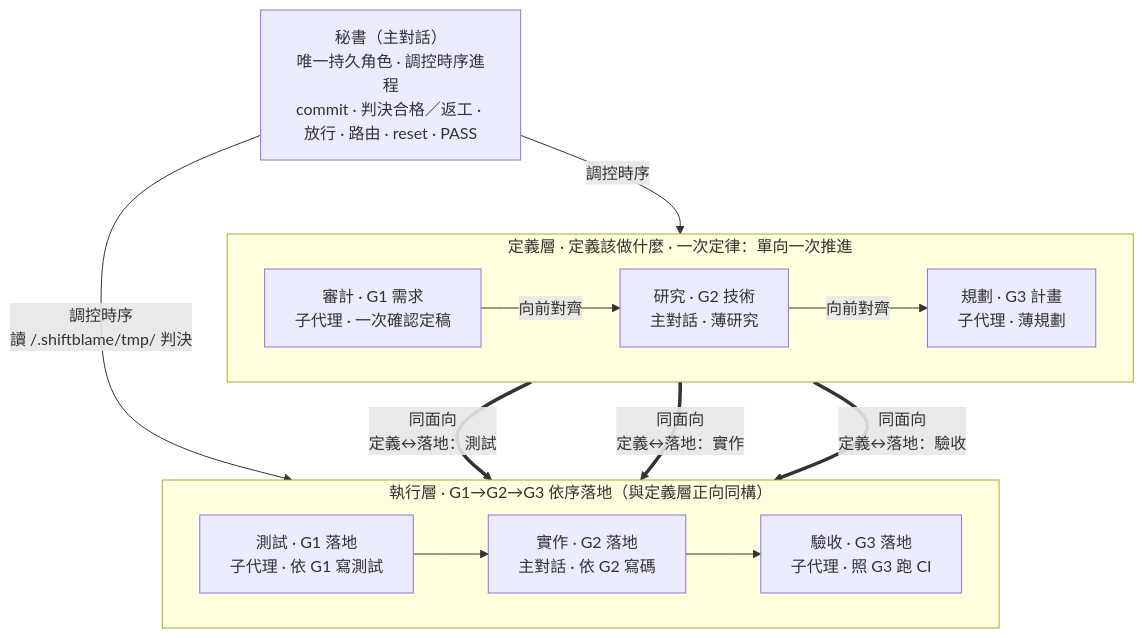
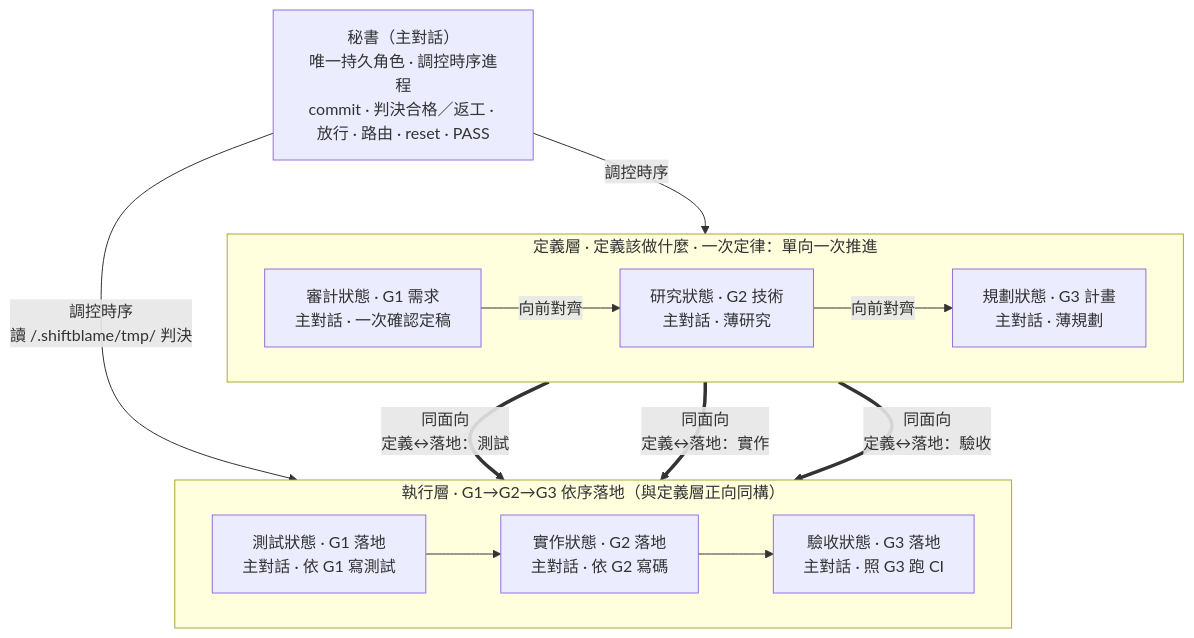
Before and after one commit to teps3105/shiftblame: the fourth of 8 diagrams in skills/shiftblame/SKILL.md, drawn with Mermaid. The commit also changed other lines of this file and 31 other files, not shown here.

````diff
--- a/skills/shiftblame/SKILL.md
+++ b/skills/shiftblame/SKILL.md
@@ -232,19 +230,19 @@
 ```mermaid
 flowchart TB
     SEC["秘書（主對話）<br/>唯一持久角色 · 調控時序進程<br/>commit · 判決合格／返工 · 放行 · 路由 · reset · PASS"]
     subgraph Consult["定義層 · 定義該做什麼 · 一次定律：單向一次推進"]
         direction LR
-        G1["審計 · G1 需求<br/>子代理 · 一次確認定稿"] -->|向前對齊| G2["研究 · G2 技術<br/>主對話 · 薄研究"]
-        G2 -->|向前對齊| G3["規劃 · G3 計畫<br/>子代理 · 薄規劃"]
+        G1["審計狀態 · G1 需求<br/>主對話 · 一次確認定稿"] -->|向前對齊| G2["研究狀態 · G2 技術<br/>主對話 · 薄研究"]
+        G2 -->|向前對齊| G3["規劃狀態 · G3 計畫<br/>主對話 · 薄規劃"]
     end
     subgraph Build["執行層 · G1→G2→G3 依序落地（與定義層正向同構）"]
         direction LR
-        TST["測試 · G1 落地<br/>子代理 · 依 G1 寫測試"] --> DEV["實作 · G2 落地<br/>主對話 · 依 G2 寫碼"]
-        DEV --> ACC["驗收 · G3 落地<br/>子代理 · 照 G3 跑 CI"]
+        TST["測試狀態 · G1 落地<br/>主對話 · 依 G1 寫測試"] --> DEV["實作狀態 · G2 落地<br/>主對話 · 依 G2 寫碼"]
+        DEV --> ACC["驗收狀態 · G3 落地<br/>主對話 · 照 G3 跑 CI"]
     end
     SEC -- 調控時序 --> Consult
     SEC -- 調控時序<br/>讀 <repo>/.shiftblame/tmp/ 判決 --> Build
     G1 == "同面向<br/>定義↔落地：測試" ==> TST
     G2 == "同面向<br/>定義↔落地：實作" ==> DEV
     G3 == "同面向<br/>定義↔落地：驗收" ==> ACC
 ```
````
